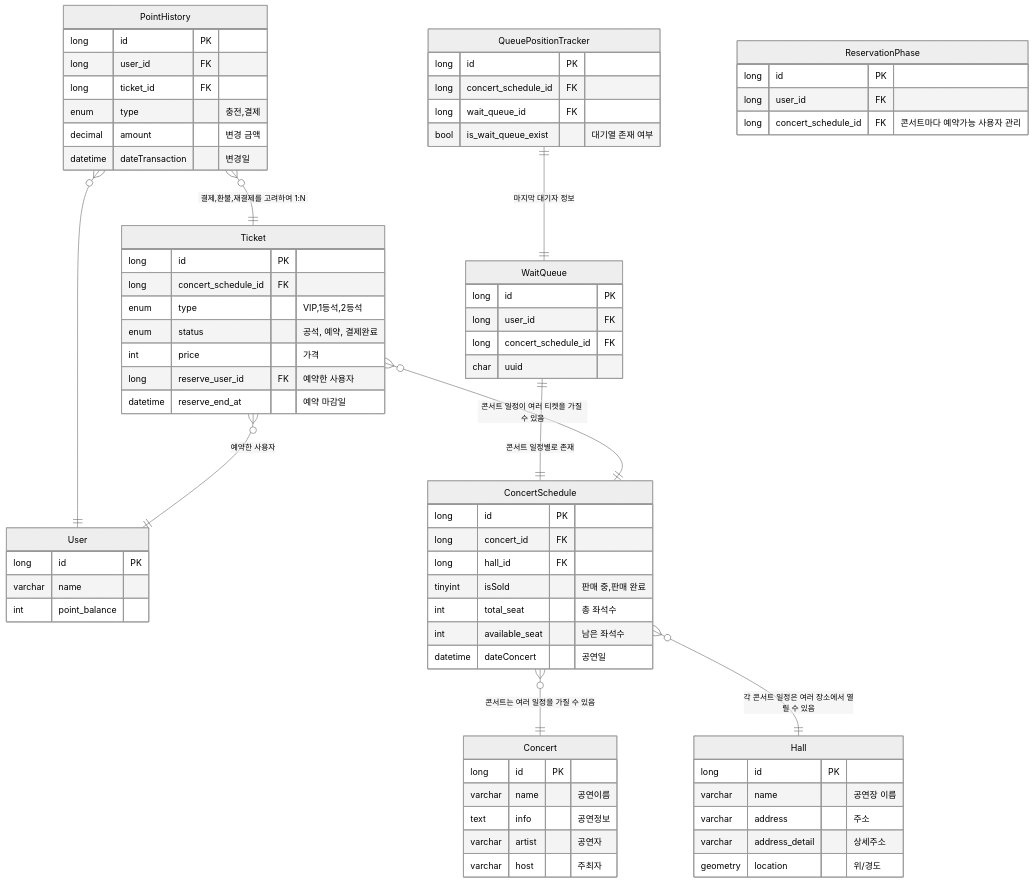
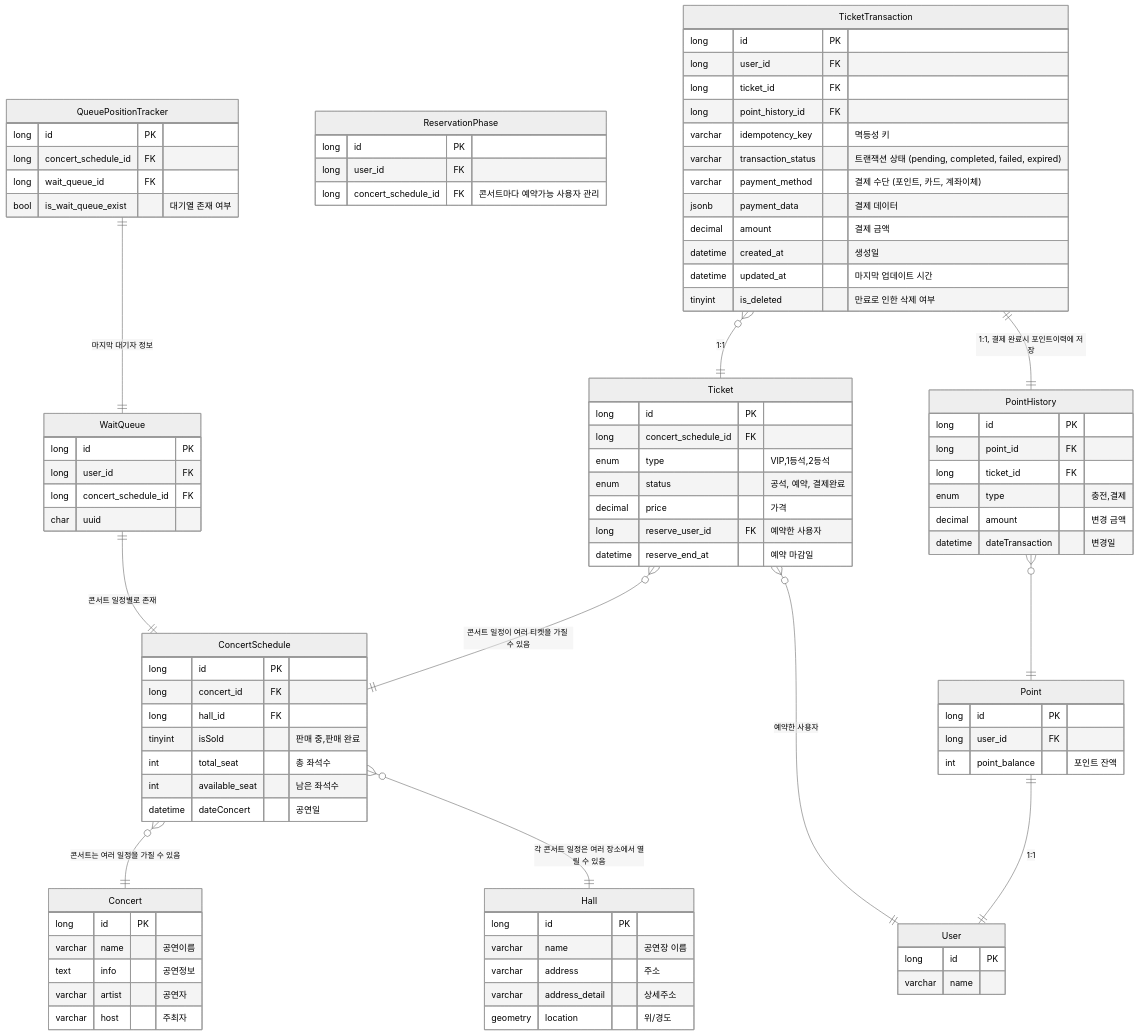
The diagram in doc/erd.md (chawchaw/concert), drawn with Mermaid (neutral theme) before and after one commit. The commit also changed 42 other files, not shown here.

````diff
--- a/doc/erd.md
+++ b/doc/erd.md
@@ -48,19 +48,24 @@
     User {
         long id PK
         varchar name
-        int point_balance
     }
+    
+    Point {
+        long id PK
+        long user_id FK
+        int point_balance "포인트 잔액"
+    }
+    Point ||--|| User : "1:1"
 
     PointHistory {
         long id PK
-        long user_id FK
+        long point_id FK
         long ticket_id FK
         enum type "충전,결제"
         decimal amount "변경 금액"
         datetime dateTransaction "변경일"
     }
-    PointHistory }o--|| User : ""
-    PointHistory }o--|| Ticket : "결제,환불,재결제를 고려하여 1:N"
+    PointHistory }o--|| Point : ""
 
     WaitQueue {
         long id PK
@@ -117,11 +122,27 @@
         long concert_schedule_id FK
         enum type "VIP,1등석,2등석"
         enum status "공석, 예약, 결제완료"
-        int price "가격"
+        decimal price "가격"
         long reserve_user_id FK "예약한 사용자"
         datetime reserve_end_at "예약 마감일"
     }
     Ticket }o--|| ConcertSchedule : "콘서트 일정이 여러 티켓을 가질 수 있음"
     Ticket }o--|| User : "예약한 사용자"
 
+    TicketTransaction {
+        long id PK
+        long user_id FK
+        long ticket_id FK
+        long point_history_id FK
+        varchar idempotency_key "멱등성 키"
+        varchar transaction_status "트랜잭션 상태 (pending, completed, failed, expired)"
+        varchar payment_method "결제 수단 (포인트, 카드, 계좌이체)"
+        jsonb payment_data "결제 데이터"
+        decimal amount "결제 금액"
+        datetime created_at "생성일"
+        datetime updated_at "마지막 업데이트 시간"
+        tinyint is_deleted "만료로 인한 삭제 여부"
+    }
+    TicketTransaction }o--|| Ticket : "1:1"
+    TicketTransaction ||--|| PointHistory : "1:1, 결제 완료시 포인트이력에 저장"
 ```
````
